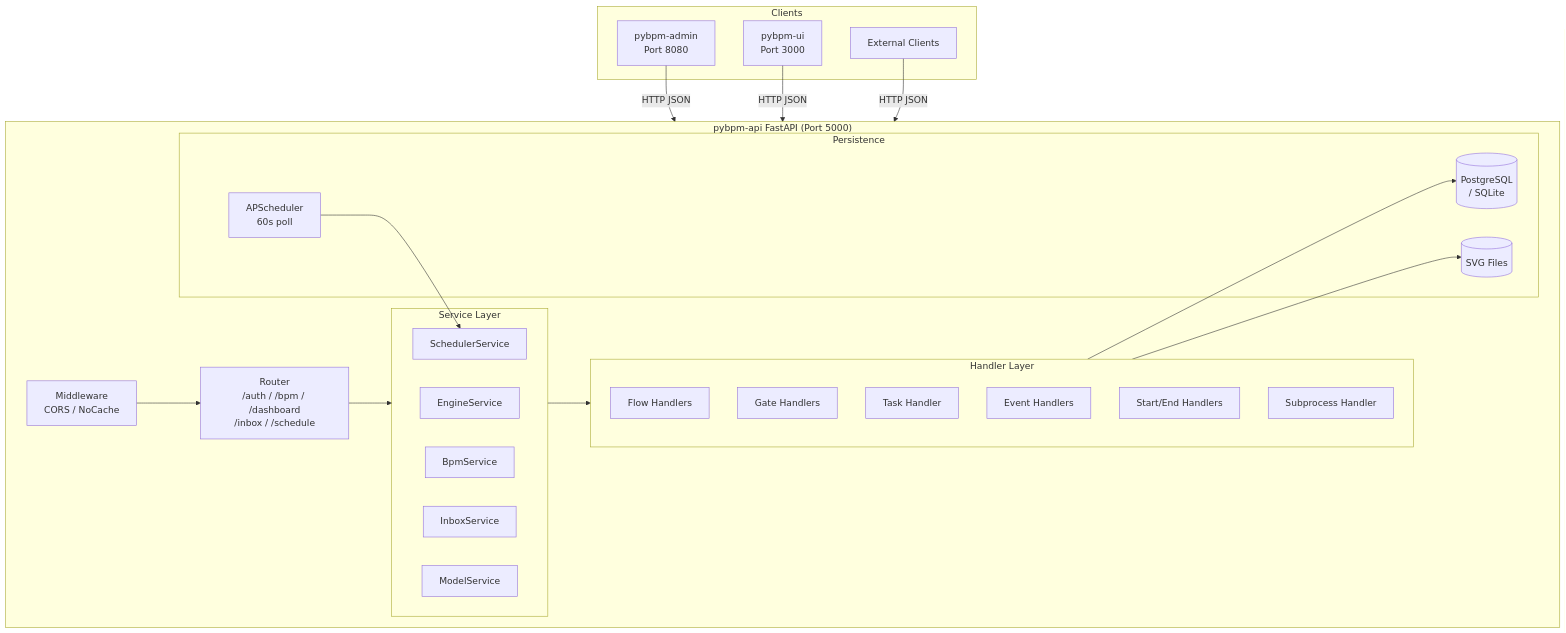
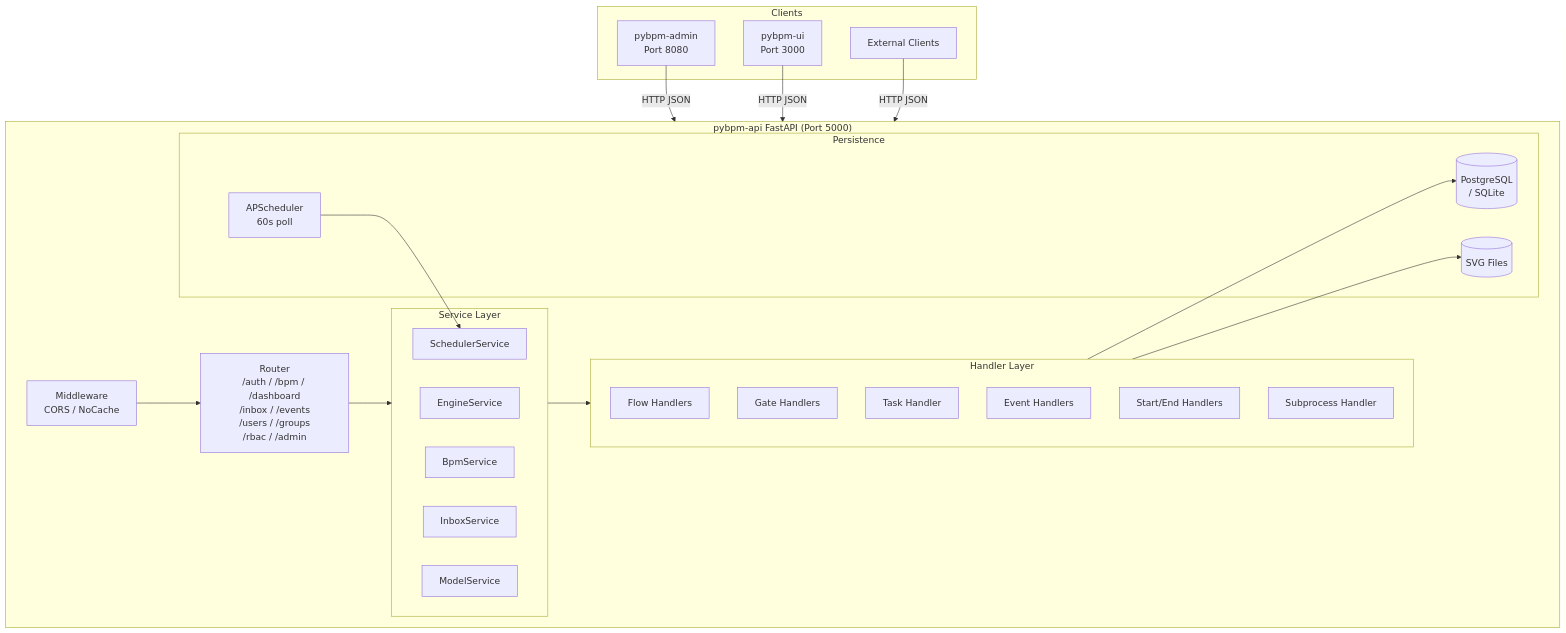
One commit to juanitomint/pybpm-api changed the first of 4 diagrams in README.md. Above: the diagram before and after it, drawn with Mermaid. The commit also changed other lines of this file and 1 other file, not shown here.

````diff
--- a/README.md
+++ b/README.md
@@ -9,47 +9,47 @@
 ```mermaid
 graph TB
     subgraph Clients["Clients"]
         PA[pybpm-admin<br/>Port 8080]
         PU[pybpm-ui<br/>Port 3000]
         EC[External Clients]
     end
 
     subgraph API["pybpm-api FastAPI (Port 5000)"]
         MW[Middleware<br/>CORS / NoCache]
-        R[Router<br/>/auth / /bpm / /dashboard<br/>/inbox / /schedule]
+        R[Router<br/>/auth / /bpm / /dashboard<br/>/inbox / /events<br/>/users / /groups<br/>/rbac / /admin]
         
         subgraph Services["Service Layer"]
             ES[EngineService]
             BS[BpmService]
             SS[SchedulerService]
             IS[InboxService]
             MS[ModelService]
         end
         
         subgraph Handlers["Handler Layer"]
             FH[Flow Handlers]
             GH[Gate Handlers]
             TH[Task Handler]
             EH[Event Handlers]
             SE[Start/End Handlers]
             SH[Subprocess Handler]
         end
         
         subgraph Persistence["Persistence"]
             DB[(PostgreSQL<br/>/ SQLite)]
             SVG[(SVG Files)]
             SCH[APScheduler<br/>60s poll]
         end
         
         MW --> R
         R --> Services
         Services --> Handlers
         Handlers --> DB
         Handlers --> SVG
         SCH --> SS
     end
 
     PA -->|HTTP JSON| API
     PU -->|HTTP JSON| API
     EC -->|HTTP JSON| API
 ```
````
